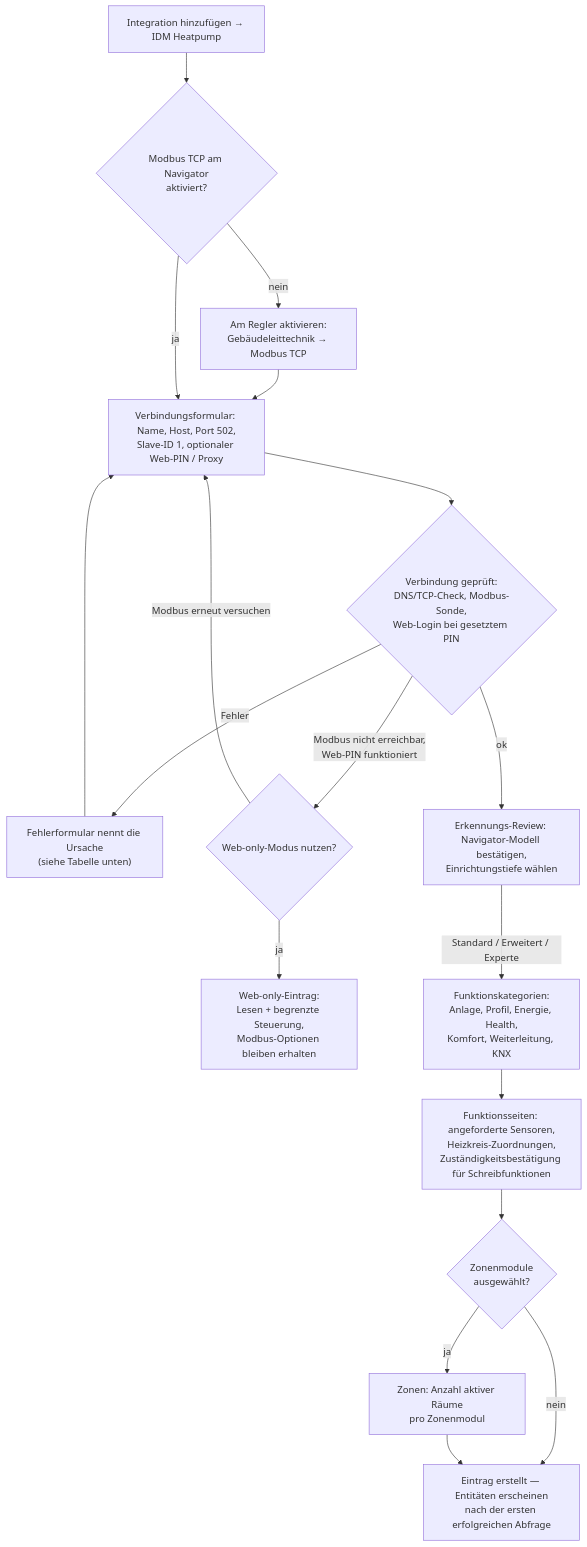
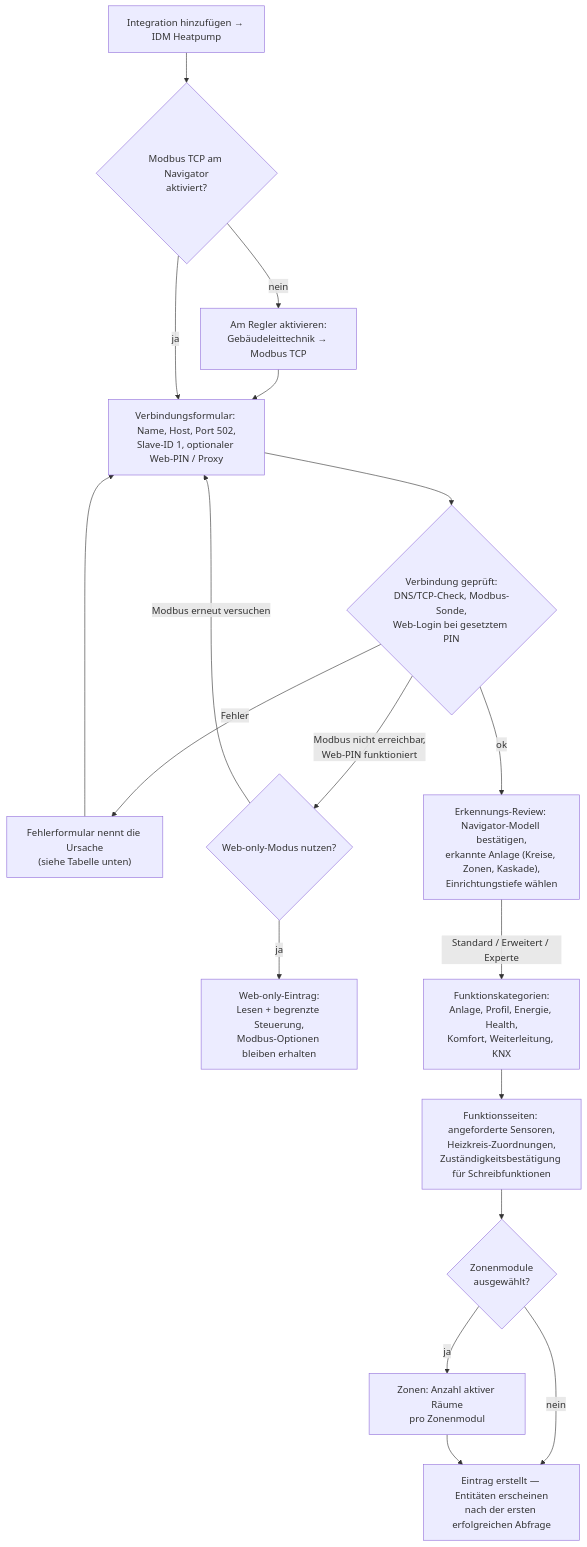
One commit to Xerolux/idm-heatpump-hass changed the diagram in docs/wiki/de/Installation-and-Setup.md. Above: the diagram before and after it, drawn with Mermaid. The commit also changed other lines of this file and 41 other files, not shown here.

````diff
--- a/docs/wiki/de/Installation-and-Setup.md
+++ b/docs/wiki/de/Installation-and-Setup.md
@@ -136,20 +137,20 @@
 ```mermaid
 flowchart TD
     add["Integration hinzufügen → IDM Heatpump"] --> prereq{"Modbus TCP am Navigator<br/>aktiviert?"}
     prereq -- "nein" --> enable["Am Regler aktivieren:<br/>Gebäudeleittechnik → Modbus TCP"]
     enable --> conn
     prereq -- "ja" --> conn["Verbindungsformular: Name, Host, Port 502,<br/>Slave-ID 1, optionaler Web-PIN / Proxy"]
     conn --> validate{"Verbindung geprüft:<br/>DNS/TCP-Check, Modbus-Sonde,<br/>Web-Login bei gesetztem PIN"}
     validate -- "Fehler" --> cause["Fehlerformular nennt die Ursache<br/>(siehe Tabelle unten)"]
     cause --> conn
     validate -- "Modbus nicht erreichbar,<br/>Web-PIN funktioniert" --> fallback{"Web-only-Modus nutzen?"}
     fallback -- "ja" --> webonly["Web-only-Eintrag:<br/>Lesen + begrenzte Steuerung,<br/>Modbus-Optionen bleiben erhalten"]
     fallback -- "Modbus erneut versuchen" --> conn
-    validate -- "ok" --> review["Erkennungs-Review: Navigator-Modell bestätigen,<br/>Einrichtungstiefe wählen"]
+    validate -- "ok" --> review["Erkennungs-Review: Navigator-Modell bestätigen,<br/>erkannte Anlage (Kreise, Zonen, Kaskade),<br/>Einrichtungstiefe wählen"]
     review -- "Standard / Erweitert / Experte" --> features["Funktionskategorien:<br/>Anlage, Profil, Energie, Health,<br/>Komfort, Weiterleitung, KNX"]
     features --> pages["Funktionsseiten: angeforderte Sensoren,<br/>Heizkreis-Zuordnungen,<br/>Zuständigkeitsbestätigung für Schreibfunktionen"]
     pages --> zones{"Zonenmodule<br/>ausgewählt?"}
     zones -- "ja" --> rooms["Zonen: Anzahl aktiver Räume<br/>pro Zonenmodul"]
     zones -- "nein" --> finish
     rooms --> finish["Eintrag erstellt — Entitäten erscheinen<br/>nach der ersten erfolgreichen Abfrage"]
 ```
````
